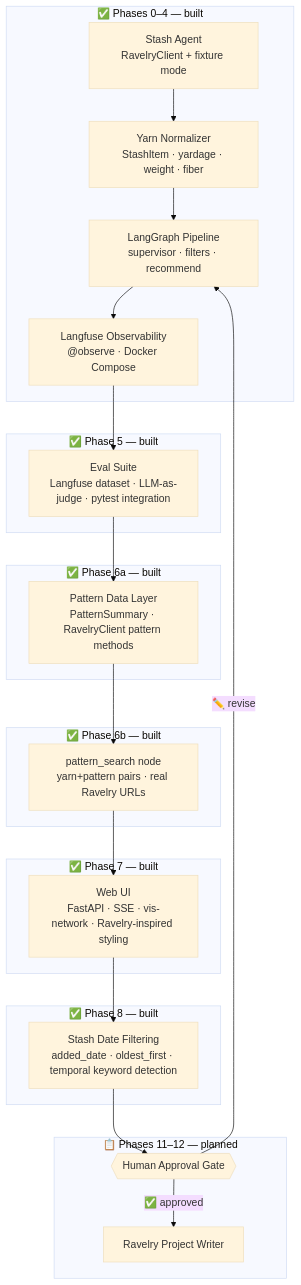
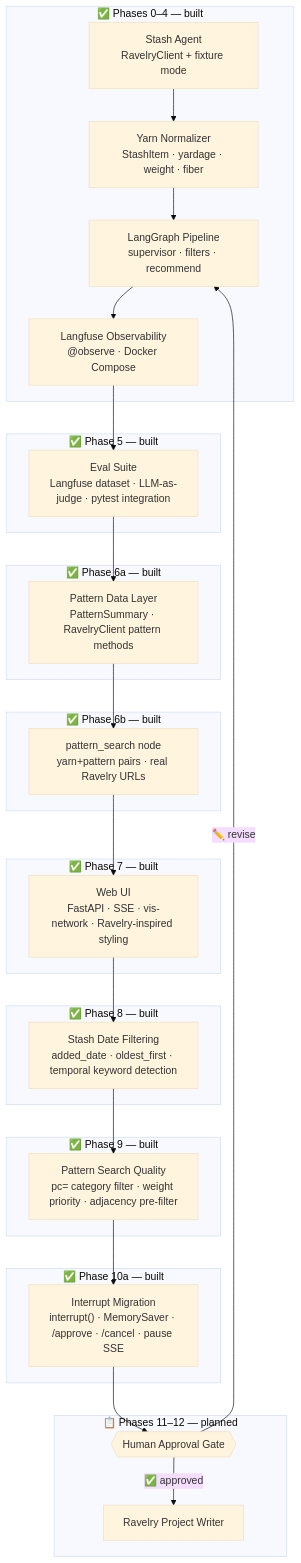
The second of 2 diagrams in README.md (ReneeErnst/skein-minder), drawn with Mermaid (base theme) before and after one commit. The commit also changed other lines of this file and 3 other files, not shown here.

Commit message:
docs: mark phase 9 and 10a complete across RESEARCH, README, CLAUDE, ARCHITECTURE

````diff
--- a/README.md
+++ b/README.md
@@ -41,40 +41,48 @@
 ```mermaid
 flowchart TD
     subgraph built ["✅ Phases 0–4 — built"]
         Stash["Stash Agent\nRavelryClient + fixture mode"]
         Norm["Yarn Normalizer\nStashItem · yardage · weight · fiber"]
         Graph["LangGraph Pipeline\nsupervisor · filters · recommend"]
         Obs["Langfuse Observability\n@observe · Docker Compose"]
     end
 
     subgraph built2 ["✅ Phase 5 — built"]
         Eval["Eval Suite\nLangfuse dataset · LLM-as-judge · pytest integration"]
     end
 
     subgraph built3 ["✅ Phase 6a — built"]
         PatternData["Pattern Data Layer\nPatternSummary · RavelryClient pattern methods"]
     end
 
     subgraph built4 ["✅ Phase 6b — built"]
         PatternSearch["pattern_search node\nyarn+pattern pairs · real Ravelry URLs"]
     end
 
     subgraph built5 ["✅ Phase 7 — built"]
         WebUI["Web UI\nFastAPI · SSE · vis-network · Ravelry-inspired styling"]
     end
 
     subgraph built6 ["✅ Phase 8 — built"]
         DateFilter["Stash Date Filtering\nadded_date · oldest_first · temporal keyword detection"]
     end
 
+    subgraph built7 ["✅ Phase 9 — built"]
+        PatternQuality["Pattern Search Quality\npc= category filter · weight priority · adjacency pre-filter"]
+    end
+
+    subgraph built8 ["✅ Phase 10a — built"]
+        InterruptMigration["Interrupt Migration\ninterrupt() · MemorySaver · /approve · /cancel · pause SSE"]
+    end
+
     subgraph future ["📋 Phases 11–12 — planned"]
         Gate{{"Human Approval Gate"}}
         Writer["Ravelry Project Writer"]
     end
 
     Stash --> Norm --> Graph --> Obs --> Eval
     Eval --> PatternData --> PatternSearch --> WebUI --> DateFilter
-    DateFilter --> Gate -->|"✅ approved"| Writer
+    DateFilter --> PatternQuality --> InterruptMigration --> Gate -->|"✅ approved"| Writer
     Gate -->|"✏️ revise"| Graph
 
 ```
````
